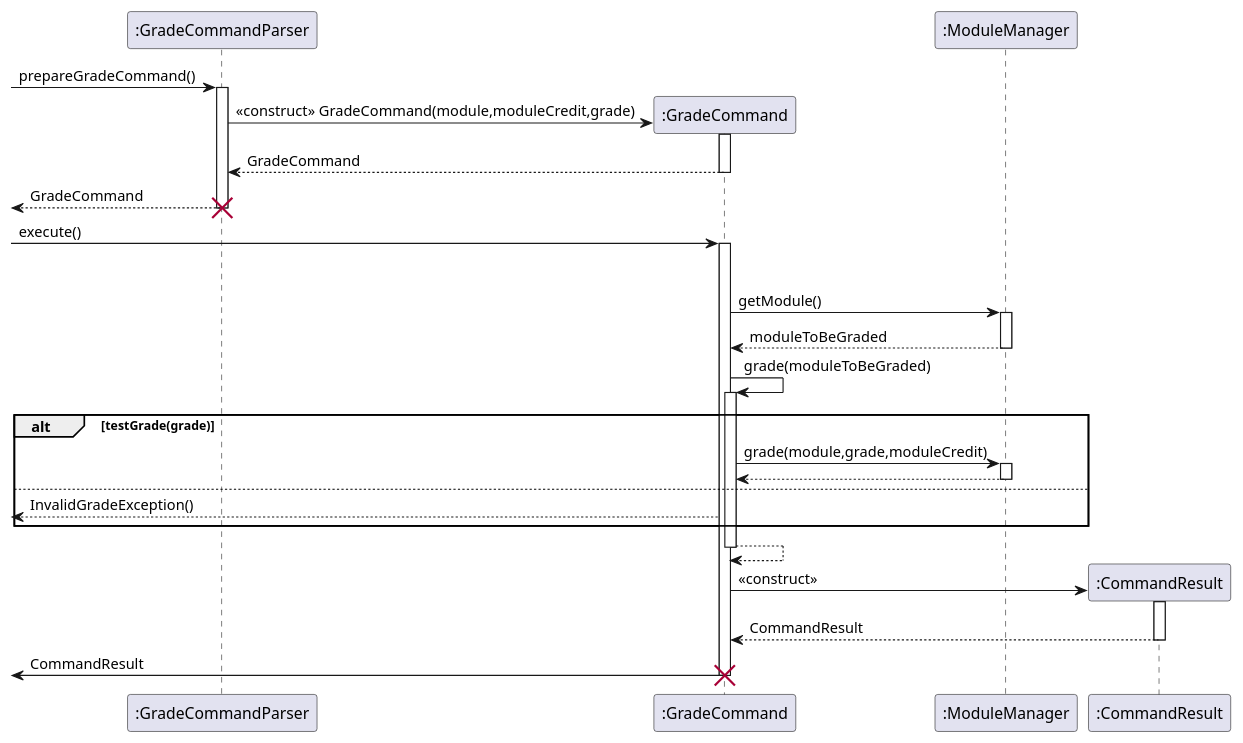
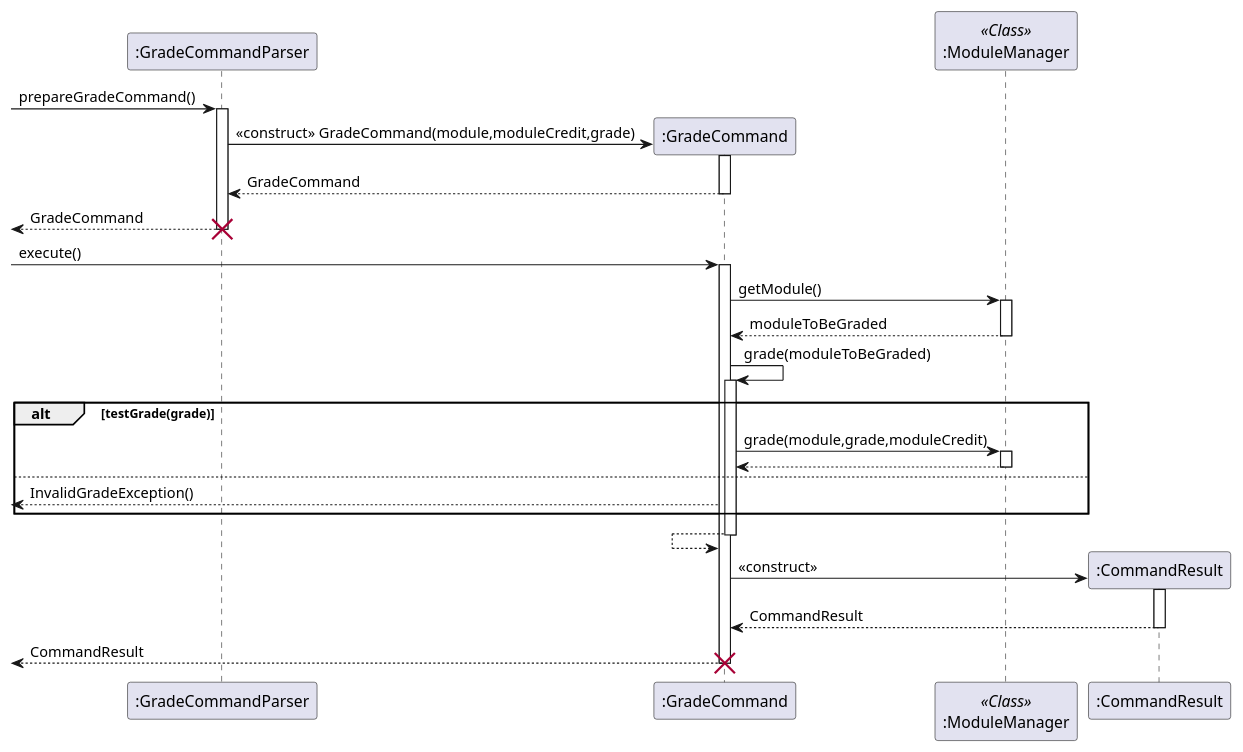
One commit to wangqinNick/tp changed the diagram in docs/diagrams/UML/GradeCommandSequenceDiagram.puml. Above: the diagram before and after it, drawn with PlantUML. The commit also changed 3 other files, not shown here.

Commit message:
Simplified Grade and CAP sequence diagrams

```diff
--- a/docs/diagrams/UML/GradeCommandSequenceDiagram.puml
+++ b/docs/diagrams/UML/GradeCommandSequenceDiagram.puml
@@ -1,39 +1,28 @@
 @startuml
--> ":GradeCommandParser": prepareGradeCommand()
-activate ":GradeCommandParser"
-create ":GradeCommand"
-":GradeCommandParser" -> ":GradeCommand": <<construct>> GradeCommand(module,moduleCredit,grade)
-activate ":GradeCommand"
-":GradeCommandParser" <-- ":GradeCommand" : GradeCommand
-deactivate ":GradeCommand"
-<-- ":GradeCommandParser" : GradeCommand
-deactivate ":GradeCommandParser"
-destroy ":GradeCommandParser"
--> ":GradeCommand" : execute()
-activate ":GradeCommand"
-deactivate ":GradeCommandParser"
-":GradeCommand" -> ":ModuleManager" : getModule()
-activate ":ModuleManager"
-":GradeCommand" <-- ":ModuleManager" :moduleToBeGraded
-deactivate ":ModuleManager"
-":GradeCommand" -> ":GradeCommand" : grade(moduleToBeGraded)
-alt testGrade(grade)
+
+-> ":GradeCommandParser" ++: prepareGradeCommand()
+    ":GradeCommandParser" -> ":GradeCommand" ** : <<construct>> GradeCommand(module,moduleCredit,grade)
     activate ":GradeCommand"
-    ":GradeCommand" -> ":ModuleManager" :grade(module,grade,moduleCredit)
-    activate ":ModuleManager"
-    ":GradeCommand" <-- ":ModuleManager"
-    deactivate ":ModuleManager"
-else
-    <-- ":GradeCommand" : InvalidGradeException()
-end
-":GradeCommand" --> ":GradeCommand"
-deactivate ":GradeCommand"
-create ":CommandResult"
-":GradeCommand" -> ":CommandResult" : <<construct>>
-activate ":CommandResult"
-":GradeCommand" <-- ":CommandResult" : CommandResult
-deactivate ":CommandResult"
-<- ":GradeCommand" : CommandResult
-deactivate ":GradeCommand"
-destroy ":GradeCommand"
+    return GradeCommand
+<-- ":GradeCommandParser" !! : GradeCommand
+
+-> ":GradeCommand" ++ : execute()
+    participant ":ModuleManager" as MM << Class >>
+    ":GradeCommand" -> MM ++ : getModule()
+    ":GradeCommand" <-- MM -- :moduleToBeGraded
+
+    ":GradeCommand" -> ":GradeCommand" ++ : grade(moduleToBeGraded)
+        alt testGrade(grade)
+            ":GradeCommand" -> MM ++ : grade(module,grade,moduleCredit)
+            ":GradeCommand" <-- MM --
+        else
+            <-- ":GradeCommand" : InvalidGradeException()
+        end
+    ":GradeCommand" <-- ":GradeCommand" --
+
+    ":GradeCommand" -> ":CommandResult" ** : <<construct>>
+    activate ":CommandResult"
+    ":GradeCommand" <-- ":CommandResult" --: CommandResult
+<-- ":GradeCommand" !! : CommandResult
+
 @enduml
```
